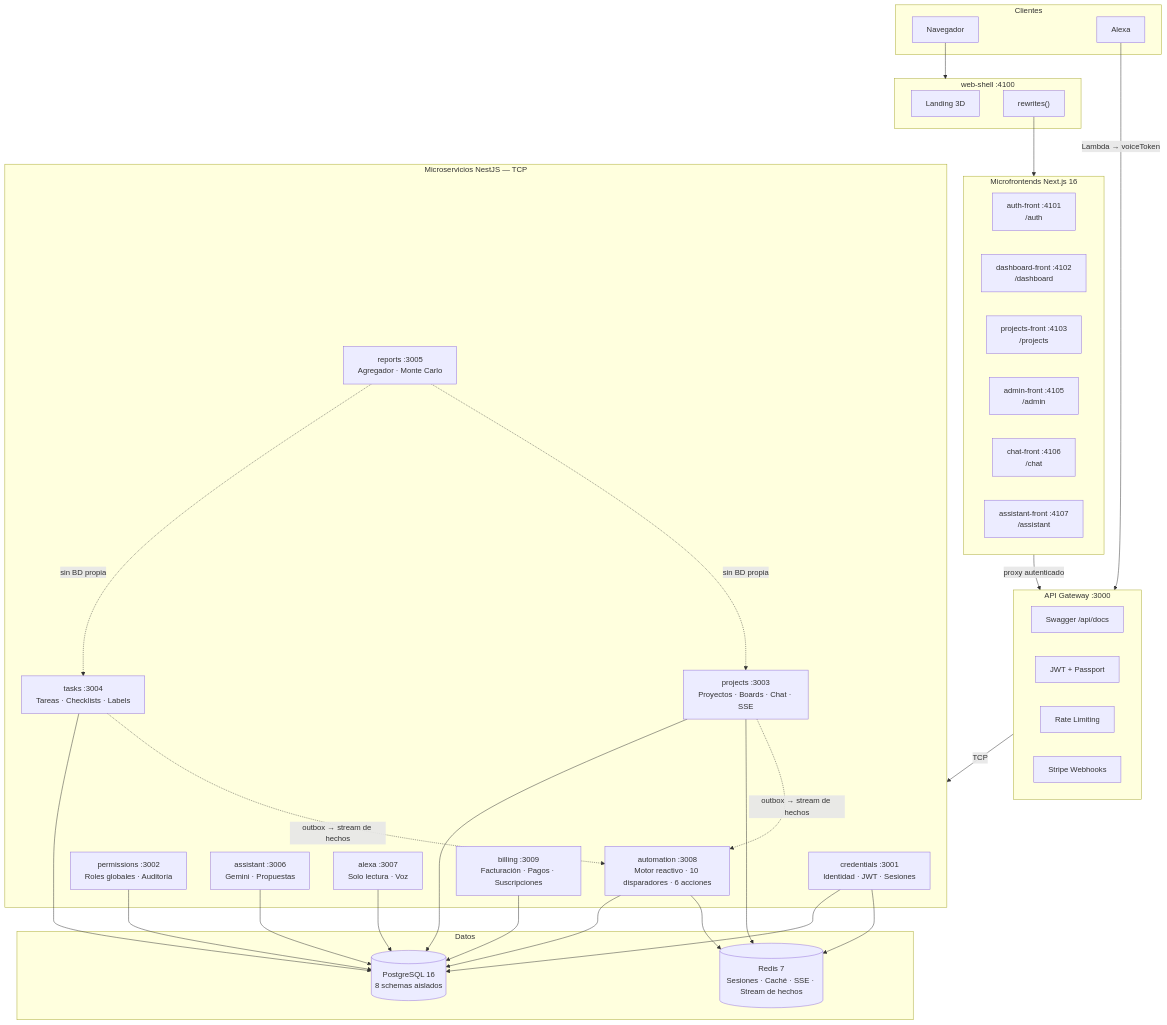
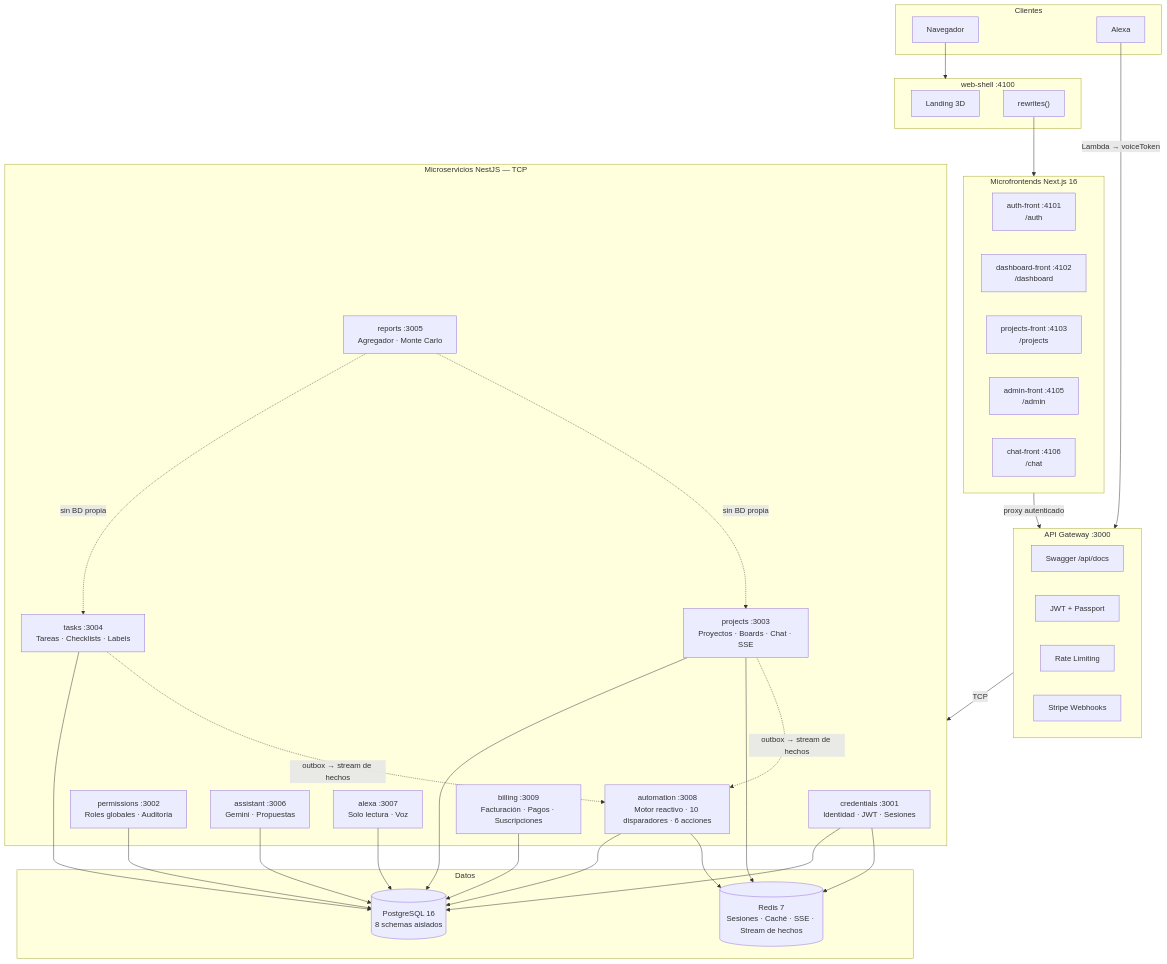
The diagram in README.md (Ander-tsx/PRAXIS), drawn with Mermaid before and after one commit. The commit also changed other lines of this file and 33 other files, not shown here.

````diff
--- a/README.md
+++ b/README.md
@@ -62,55 +62,54 @@
 ```mermaid
 flowchart TB
     subgraph Clientes
         Browser["Navegador"]
         AlexaDevice["Alexa"]
     end
 
     subgraph shell["web-shell :4100"]
         Landing["Landing 3D"]
         Rewrites["rewrites()"]
     end
 
     subgraph zones["Microfrontends Next.js 16"]
         Auth["auth-front :4101\n/auth"]
         Dash["dashboard-front :4102\n/dashboard"]
         Proj["projects-front :4103\n/projects"]
         Adm["admin-front :4105\n/admin"]
         Chat["chat-front :4106\n/chat"]
-        AsstF["assistant-front :4107\n/assistant"]
     end
 
     subgraph gw["API Gateway :3000"]
         Swagger["Swagger /api/docs"]
         JWT["JWT + Passport"]
         Throttle["Rate Limiting"]
         StripeWH["Stripe Webhooks"]
     end
 
     subgraph services["Microservicios NestJS — TCP"]
         Cred["credentials :3001\nIdentidad · JWT · Sesiones"]
         Perm["permissions :3002\nRoles globales · Auditoría"]
         ProjS["projects :3003\nProyectos · Boards · Chat · SSE"]
         Task["tasks :3004\nTareas · Checklists · Labels"]
         RepS["reports :3005\nAgregador · Monte Carlo"]
         Asst["assistant :3006\nGemini · Propuestas"]
         Alex["alexa :3007\nSolo lectura · Voz"]
         Automation["automation :3008\nMotor reactivo · 10 disparadores · 6 acciones"]
         Bill["billing :3009\nFacturación · Pagos · Suscripciones"]
     end
 
     subgraph data["Datos"]
         PG[("PostgreSQL 16\n8 schemas aislados")]
         Redis[("Redis 7\nSesiones · Caché · SSE · Stream de hechos")]
     end
 
     Browser --> shell
     Rewrites --> zones
     zones -->|proxy autenticado| gw
     AlexaDevice -->|Lambda → voiceToken| gw
     gw -->|TCP| services
     Cred & Perm & ProjS & Task & Alex & Asst & Automation & Bill --> PG
     RepS -.->|"sin BD propia"| Task & ProjS
     Cred & ProjS & Automation --> Redis
     Task & ProjS -.->|"outbox → stream de hechos"| Automation
 ```
````
